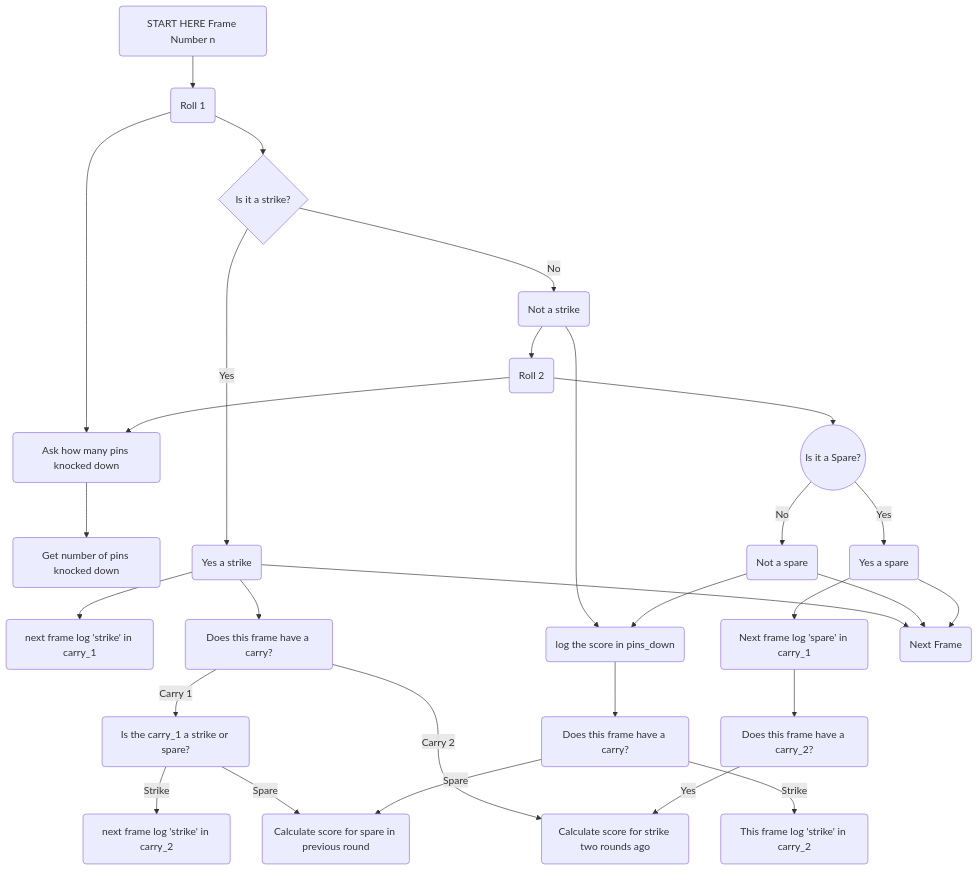
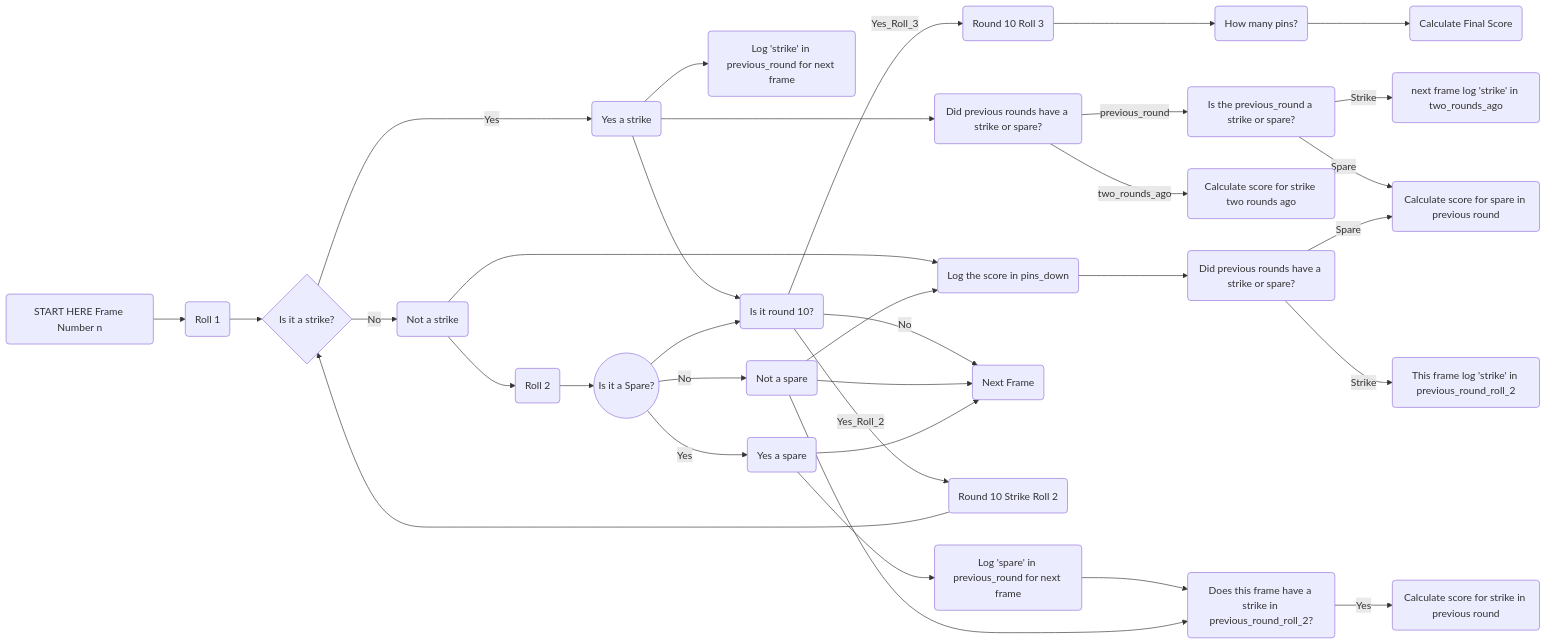
One commit to makersacademy/bowling-challenge-ruby changed the diagram in README.md. Above: the diagram before and after it, drawn with Mermaid. The commit also changed other lines of this file, not shown here.

Commit message:
I think the diagram works, time for a break

````diff
--- a/README.md
+++ b/README.md
@@ -11,57 +11,66 @@
 ```mermaid
 
-flowchart TD
+flowchart LR
     A(START HERE Frame Number n)
-    B(Ask how many pins knocked down)
     C{Is it a strike?}
-    D(next frame log 'strike' in carry_1)
-    E(Does this frame have a carry?)
-    F(Is the carry_1 a strike or spare?)
-    G(next frame log 'strike' in carry_2)
+    D(Log 'strike' in previous_round for next frame)
+    E(Did previous rounds have a strike or spare?)
+    F(Is the previous_round a strike or spare?)
+    G(next frame log 'strike' in two_rounds_ago)
     H(Calculate score for spare in previous round)
     I((Is it a Spare?))
-    J(log the score in pins_down)
-    K(Next frame log 'spare' in carry_1)
-    L(Does this frame have a carry_2?)
+    J(Log the score in pins_down)
+    K(Log 'spare' in previous_round for next frame)
+    L(Does this frame have a strike in previous_round_roll_2?)
     M(Roll 1)
     N(Roll 2)
-    O(Get number of pins knocked down)
     P(Not a spare)
     Q(Next Frame)
     R(Yes a spare)
     S(Yes a strike)
     T(Not a strike)
     U(Calculate score for strike two rounds ago)
-    V(Does this frame have a carry?)
-    W(This frame log 'strike' in carry_2)
+    V(Did previous rounds have a strike or spare?)
+    W(This frame log 'strike' in previous_round_roll_2)
+    X(Calculate score for strike in previous round)
+    Y(Is it round 10?)
+    Z(Round 10 Strike Roll 2)
+    AA(Round 10 Roll 3)
+    BA(Calculate Final Score)
+    CA(How many pins?)
     A --> M
-    B --> O
-    M --> B
-    N --> B
     N --> I
     M --> C
     C -->|Yes| S
-    S --> Q
+    S --> Y
+    Y -->|Yes_Roll_3| AA
+    Y -->|Yes_Roll_2| Z
+    Z --> C
+    Y -->|No| Q
     S --> D
     S --> E
-    E -->|Carry 1| F
-    E -->|Carry 2| U
+    E -->|previous_round| F
+    E -->|two_rounds_ago| U
     F -->|Strike| G
     F -->|Spare| H
     C -->|No| T
     T --> J
     I -->|No| P
     P --> J
     P --> Q
     I -->|Yes|R
     R --> K
     K --> L
-    L -->|Yes|U
+    L -->|Yes|X
     R --> Q
     T --> N
     J --> V
     V -->|Spare|H
     V -->|Strike|W
+    AA --> CA
+    CA --> BA
+    I --> Y
+    P --> L
     
 
 ```
````
